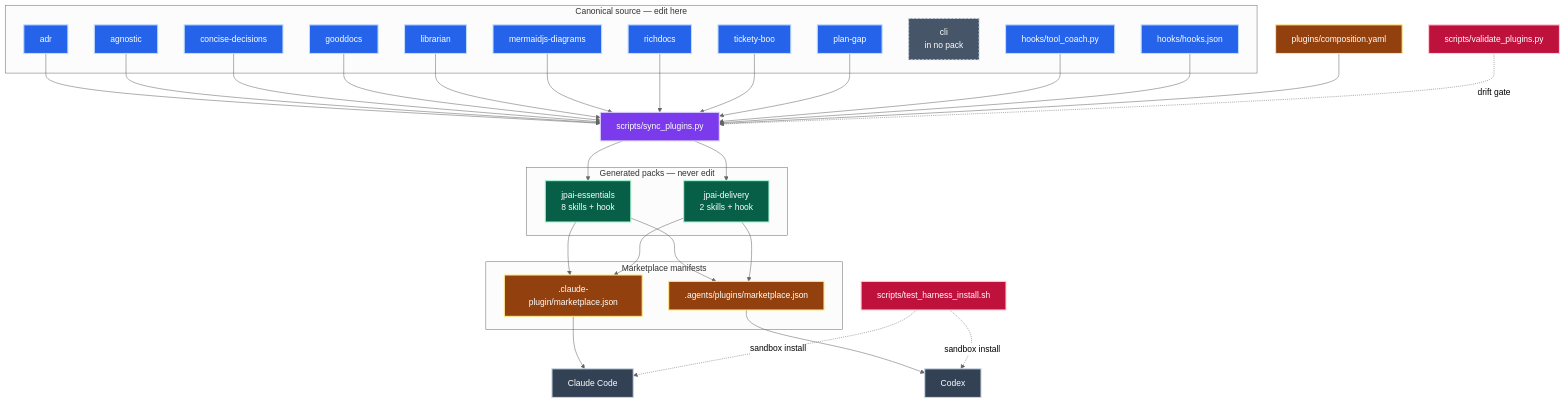
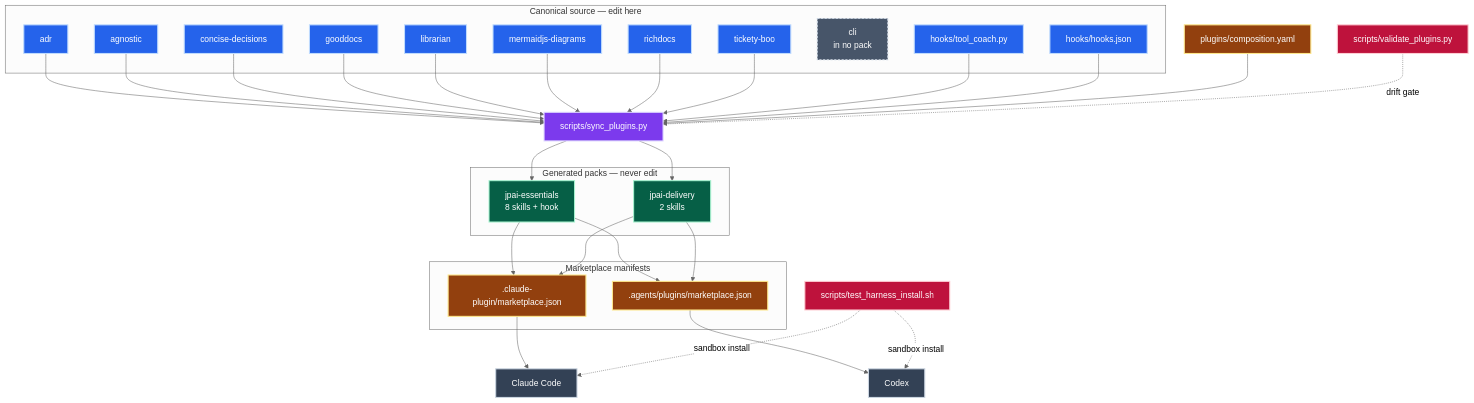
Before and after one commit to jpeakai/skills: the second of 2 diagrams in README.md, drawn with Mermaid (neutral theme). The commit also changed other lines of this file and 135 other files, not shown here.

First line of the commit message:
feat(plugins): remove plan-gap, ship tickety-boo in delivery 0.4.0

````diff
--- a/README.md
+++ b/README.md
@@ -158,55 +157,53 @@
 ```mermaid
 flowchart TB
     subgraph canon["Canonical source — edit here"]
         AD[adr]:::src
         AG[agnostic]:::src
         CD[concise-decisions]:::src
         GD[gooddocs]:::src
         LB[librarian]:::src
         MD[mermaidjs-diagrams]:::src
         RD[richdocs]:::src
         TB[tickety-boo]:::src
-        PG[plan-gap]:::src
         CLI["cli<br/>in no pack"]:::orphan
         TC["hooks/tool_coach.py"]:::src
         HJ["hooks/hooks.json"]:::src
     end
 
     CF["plugins/composition.yaml"]:::cfg
     SY["scripts/sync_plugins.py"]:::proc
     VL["scripts/validate_plugins.py"]:::gate
     TH["scripts/test_harness_install.sh"]:::gate
 
     subgraph packs["Generated packs — never edit"]
         ES["jpai-essentials<br/>8 skills + hook"]:::pack
-        DL["jpai-delivery<br/>2 skills + hook"]:::pack
+        DL["jpai-delivery<br/>2 skills"]:::pack
     end
 
     subgraph mkt["Marketplace manifests"]
         CM[".claude-plugin/marketplace.json"]:::cfg
         XM[".agents/plugins/marketplace.json"]:::cfg
     end
 
     CC["Claude Code"]:::host
     CX["Codex"]:::host
 
     AD & AG & CD & GD & LB & MD & RD & TB --> SY
-    PG --> SY
     TC & HJ --> SY
     CF --> SY
     SY --> ES
     SY --> DL
     VL -.->|drift gate| SY
     ES & DL --> CM --> CC
     ES & DL --> XM --> CX
     TH -.->|sandbox install| CC
     TH -.->|sandbox install| CX
 
     classDef src    fill:#2563eb,stroke:#bfdbfe,color:#ffffff,stroke-width:2px
     classDef orphan fill:#475569,stroke:#cbd5e1,color:#ffffff,stroke-width:2px,stroke-dasharray:4 3
     classDef cfg    fill:#92400e,stroke:#fde68a,color:#ffffff,stroke-width:2px
     classDef proc   fill:#7c3aed,stroke:#ddd6fe,color:#ffffff,stroke-width:2px
     classDef gate   fill:#be123c,stroke:#fecdd3,color:#ffffff,stroke-width:2px
     classDef pack   fill:#065f46,stroke:#a7f3d0,color:#ffffff,stroke-width:2px
     classDef host   fill:#334155,stroke:#cbd5e1,color:#ffffff,stroke-width:2px
 ```
````
